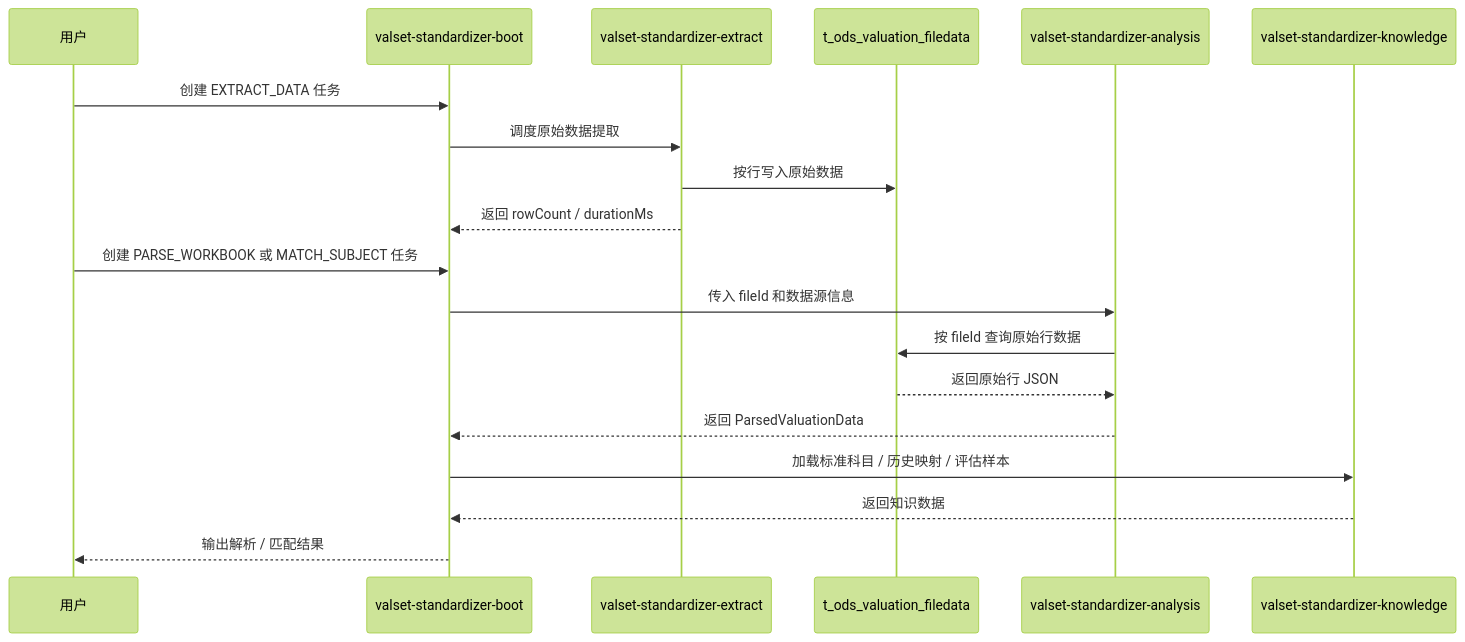
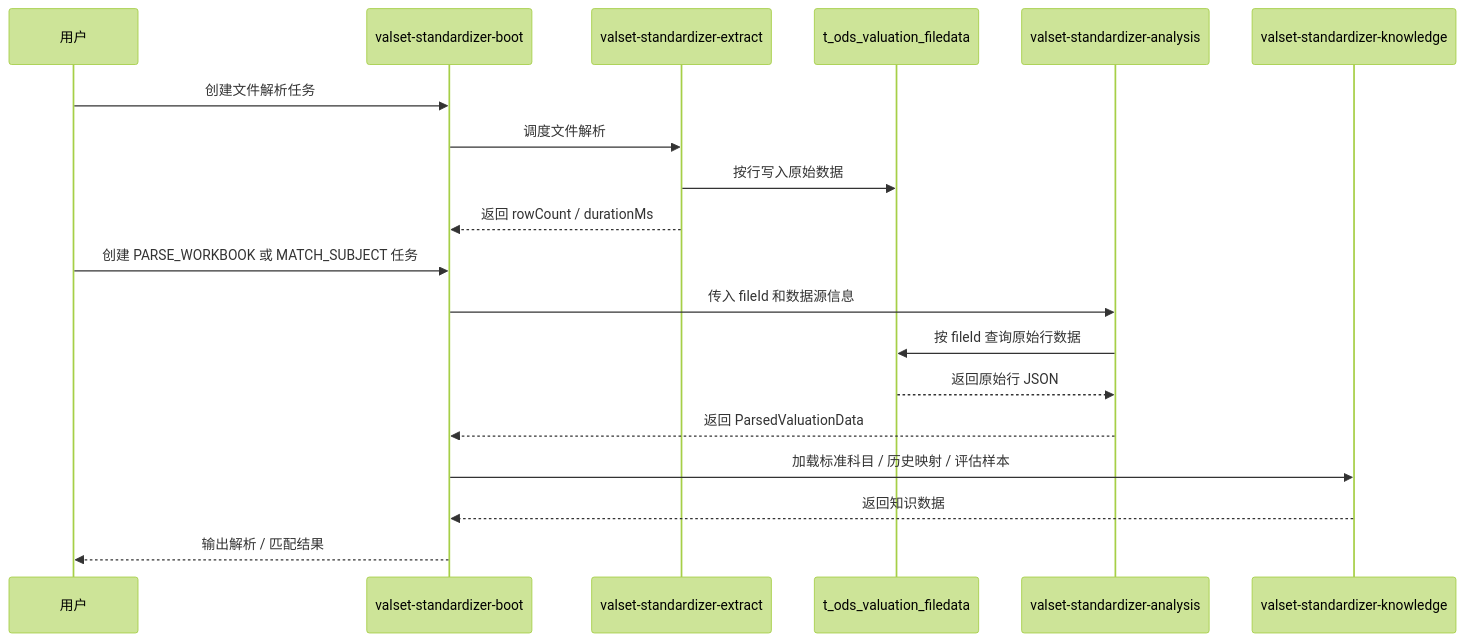
Before and after one commit to iloveZzz/valset-standardizer-java: the second of 2 diagrams in docs/ods-analysis-architecture.md, drawn with Mermaid (forest theme). The commit also changed other lines of this file and 53 other files, not shown here.

````diff
--- a/docs/ods-analysis-architecture.md
+++ b/docs/ods-analysis-architecture.md
@@ -64,22 +64,22 @@
 ```mermaid
 sequenceDiagram
     participant U as 用户
     participant B as valset-standardizer-boot
     participant X as valset-standardizer-extract
     participant O as t_ods_valuation_filedata
     participant A as valset-standardizer-analysis
     participant K as valset-standardizer-knowledge
 
-    U->>B: 创建 EXTRACT_DATA 任务
-    B->>X: 调度原始数据提取
+    U->>B: 创建文件解析任务
+    B->>X: 调度文件解析
     X->>O: 按行写入原始数据
     X-->>B: 返回 rowCount / durationMs
     U->>B: 创建 PARSE_WORKBOOK 或 MATCH_SUBJECT 任务
     B->>A: 传入 fileId 和数据源信息
     A->>O: 按 fileId 查询原始行数据
     O-->>A: 返回原始行 JSON
     A-->>B: 返回 ParsedValuationData
     B->>K: 加载标准科目 / 历史映射 / 评估样本
     K-->>B: 返回知识数据
     B-->>U: 输出解析 / 匹配结果
 ```
````
